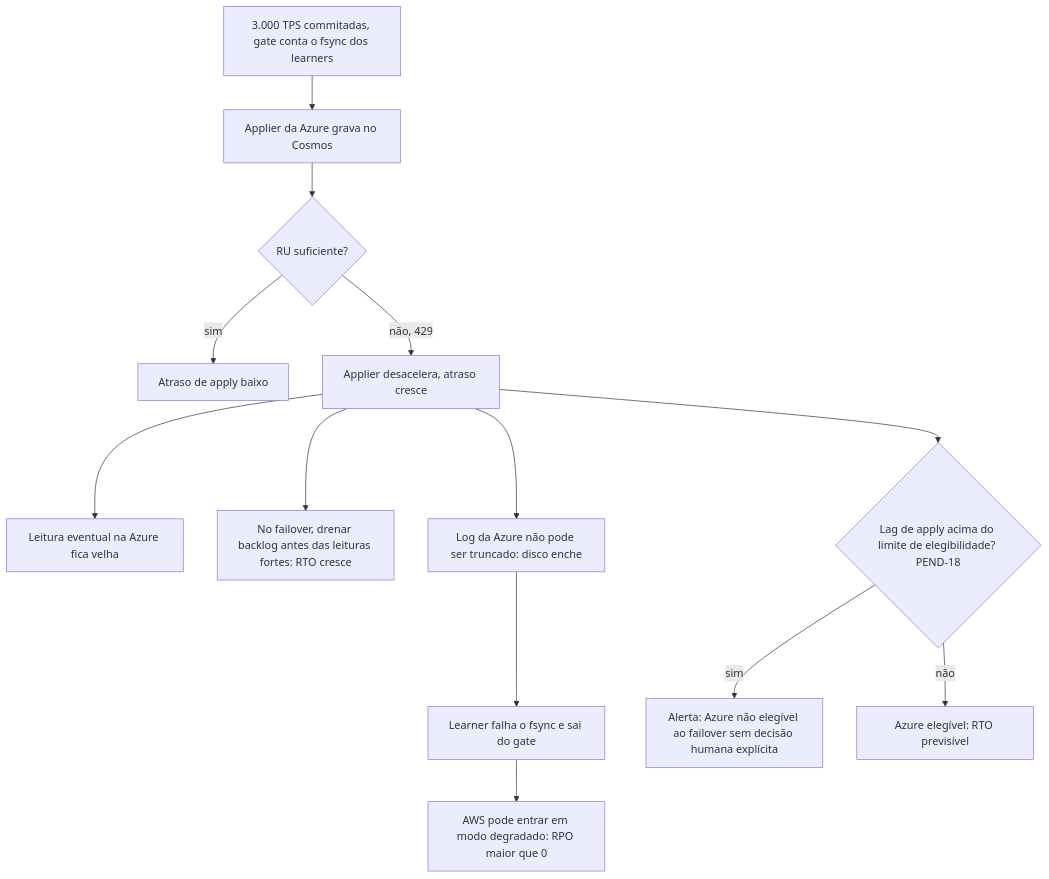
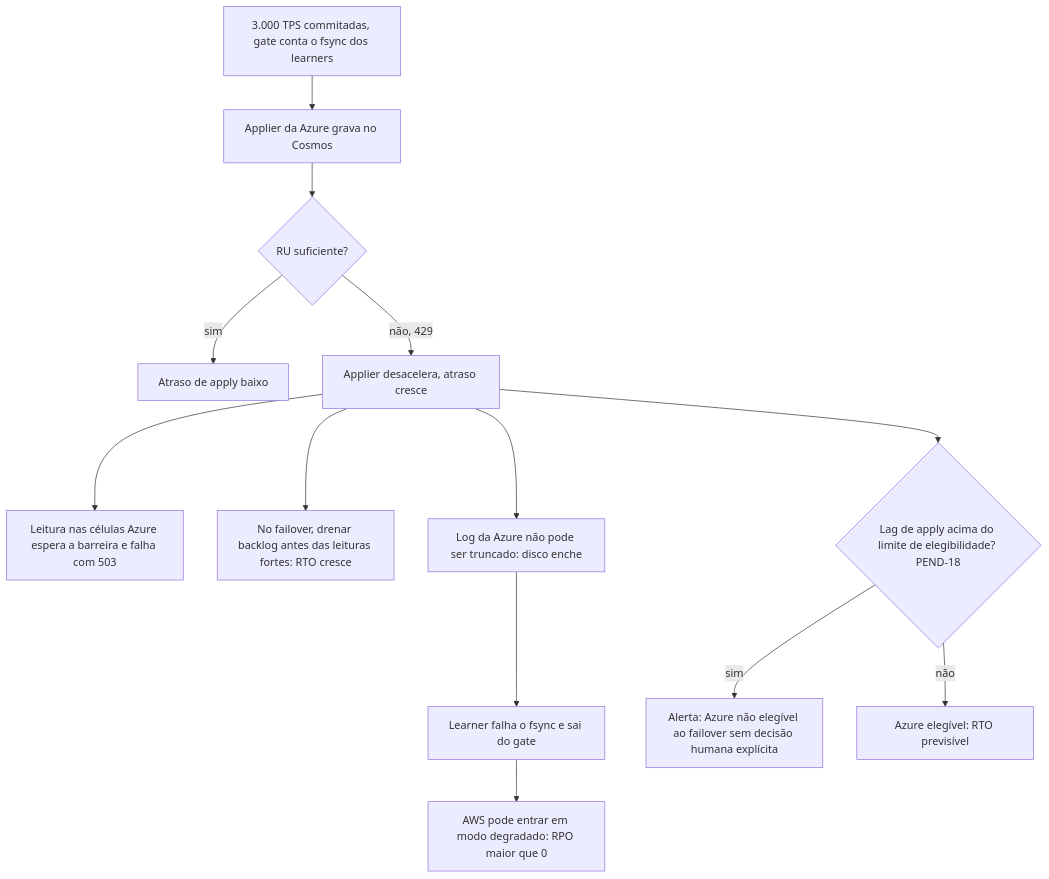
Before and after one commit to brbarmex/k: the diagram in 02_cenarios/a_rever/R03-backlog-de-apply-no-cosmos.md, drawn with Mermaid. The commit also changed other lines of this file and 158 other files, not shown here.

````diff
--- a/02_cenarios/a_rever/R03-backlog-de-apply-no-cosmos.md
+++ b/02_cenarios/a_rever/R03-backlog-de-apply-no-cosmos.md
@@ -13,15 +13,15 @@
 ```mermaid
 flowchart TD
     A["3.000 TPS commitadas, gate conta o fsync dos learners"] --> B["Applier da Azure grava no Cosmos"]
     B --> C{"RU suficiente?"}
     C -->|"sim"| D["Atraso de apply baixo"]
     C -->|"não, 429"| E["Applier desacelera, atraso cresce"]
-    E --> F["Leitura eventual na Azure fica velha"]
+    E --> F["Leitura nas células Azure espera a barreira e falha com 503"]
     E --> G["No failover, drenar backlog antes das leituras fortes: RTO cresce"]
     E --> H["Log da Azure não pode ser truncado: disco enche"]
     H --> I["Learner falha o fsync e sai do gate"]
     I --> J["AWS pode entrar em modo degradado: RPO maior que 0"]
     E --> K{"Lag de apply acima do limite de elegibilidade? PEND-18"}
     K -->|"sim"| L["Alerta: Azure não elegível ao failover sem decisão humana explícita"]
     K -->|"não"| M["Azure elegível: RTO previsível"]
 ```
````
